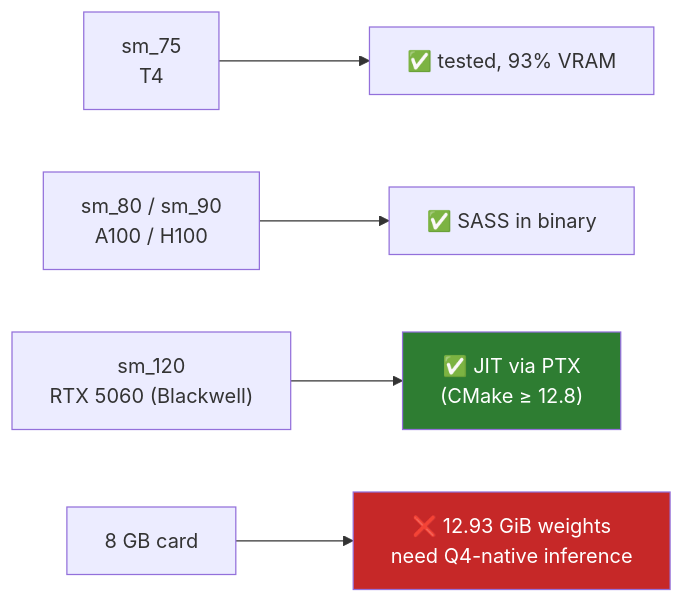
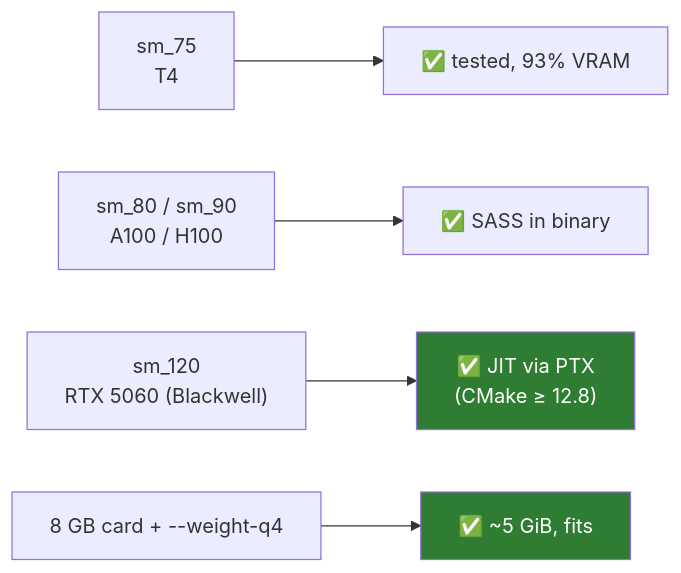
The ninth of 12 diagrams in README.md (mohammedaminerhassan-spec/jdm-Ghassan_v1_flach), drawn with Mermaid before and after one commit. The commit also changed other lines of this file and 14 other files, not shown here.

First line of the commit message:
feat: native Q4 (Q4_0/Q4_1/Q8_0) inference + QLoRA training

````diff
--- a/README.md
+++ b/README.md
@@ -380,9 +427,9 @@
 ```mermaid
 flowchart LR
     A["sm_75<br/>T4"] --> OK["✅ tested, 93% VRAM"]
     B["sm_80 / sm_90<br/>A100 / H100"] --> OK2["✅ SASS in binary"]
     C["sm_120<br/>RTX 5060 (Blackwell)"] --> PTX["✅ JIT via PTX<br/>(CMake ≥ 12.8)"]
-    D["8 GB card"] --> FAIL["❌ 12.93 GiB weights<br/>need Q4-native inference"]
-    style FAIL fill:#C62828,color:#fff
+    D["8 GB card + --weight-q4"] --> Q4["✅ ~5 GiB, fits"]
+    style Q4 fill:#2E7D32,color:#fff
     style PTX fill:#2E7D32,color:#fff
 ```
````
